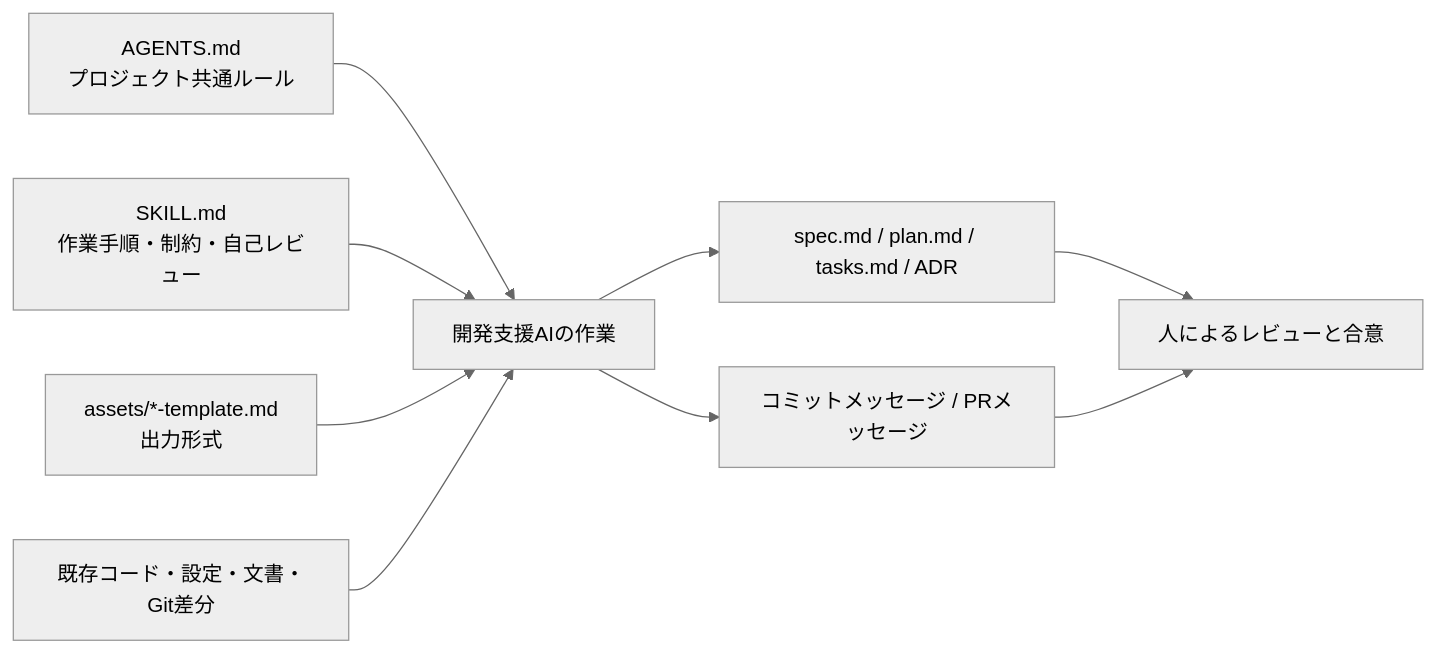
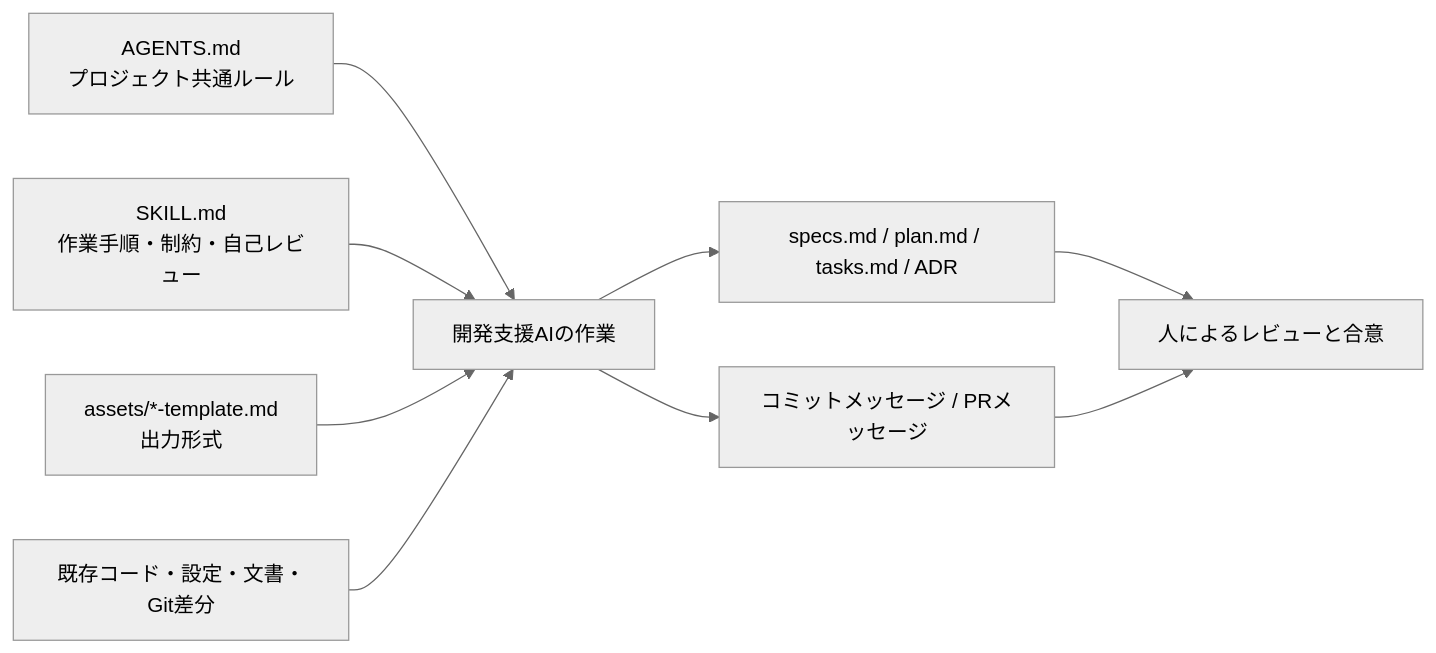
One commit to rafty/OpenAIAgentCore-base changed the second of 2 diagrams in docs/SDD/README.md. Above: the diagram before and after it, drawn with Mermaid (neutral theme). The commit also changed other lines of this file and 16 other files, not shown here.

````diff
--- a/docs/SDD/README.md
+++ b/docs/SDD/README.md
@@ -176,11 +176,11 @@
 ```mermaid
 flowchart LR
     A[AGENTS.md<br/>プロジェクト共通ルール] --> E[開発支援AIの作業]
     B[SKILL.md<br/>作業手順・制約・自己レビュー] --> E
     C[assets/*-template.md<br/>出力形式] --> E
     D[既存コード・設定・文書・Git差分] --> E
-    E --> F[spec.md / plan.md / tasks.md / ADR]
+    E --> F[specs.md / plan.md / tasks.md / ADR]
     E --> G[コミットメッセージ / PRメッセージ]
     F --> H[人によるレビューと合意]
     G --> H
 ```
````
